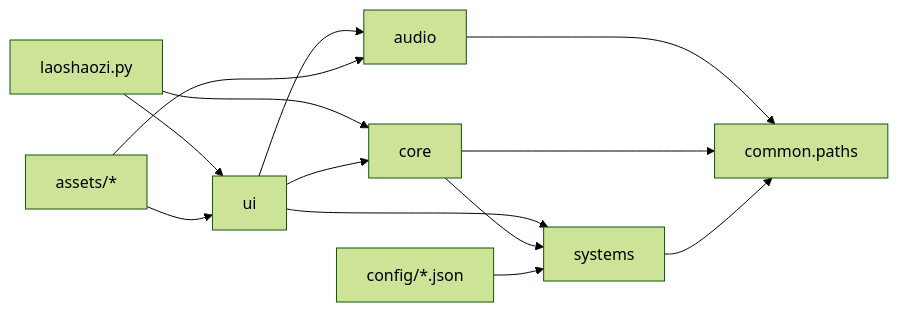
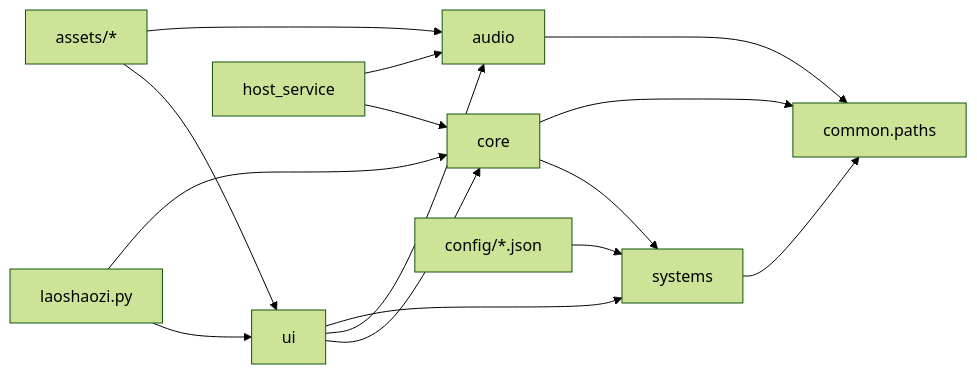
One commit to sakura0925wsq111-cpu/toppet changed the diagram in docs/architecture.md. Above: the diagram before and after it, drawn with Mermaid (forest theme). The commit also changed other lines of this file and 120 other files, not shown here.

Commit message:
Backup host service, firmware, and character packages

````diff
--- a/docs/architecture.md
+++ b/docs/architecture.md
@@ -5,15 +5,17 @@
 ```mermaid
 flowchart LR
     Entry["laoshaozi.py"] --> UI["ui"]
     Entry --> Core["core"]
+    Host["host_service"] --> Core
+    Host --> Audio["audio"]
     UI --> Core
     UI --> Audio["audio"]
     UI --> Systems["systems"]
     Core --> Systems
     Audio --> Common["common.paths"]
     Core --> Common
     Systems --> Common
     Config["config/*.json"] --> Systems
     Assets["assets/*"] --> UI
     Assets --> Audio
 ```
````
